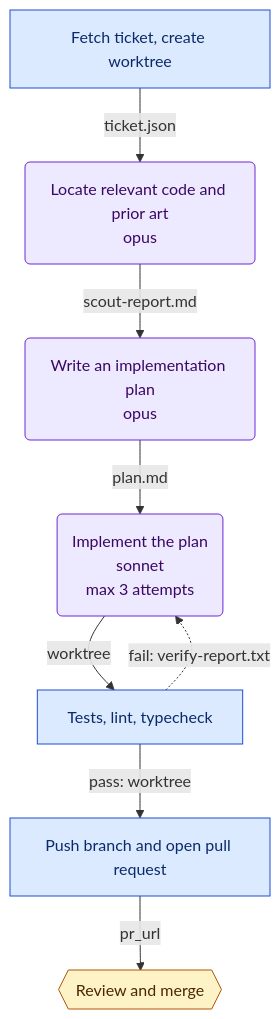
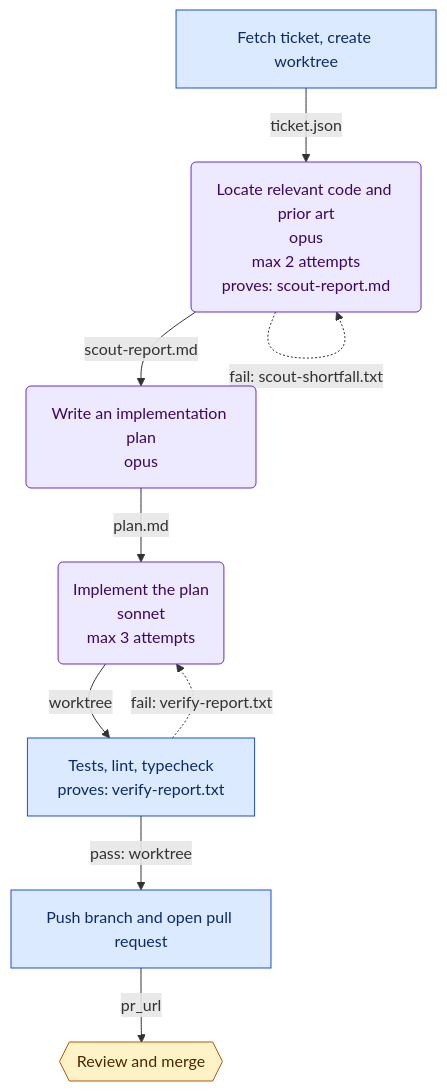
One commit to scottconverse/WorkflowWright changed the diagram in examples/ticket-to-pr.mermaid. Above: the diagram before and after it, drawn with Mermaid. The commit also changed 10 other files, not shown here.

```diff
--- a/examples/ticket-to-pr.mermaid
+++ b/examples/ticket-to-pr.mermaid
@@ -1,23 +1,24 @@
 flowchart TD
     intake["Fetch ticket, create worktree"]
-    scout("Locate relevant code and prior art<br/>opus")
+    scout("Locate relevant code and prior art<br/>opus<br/>max 2 attempts<br/>proves: scout-report.md")
     plan("Write an implementation plan<br/>opus")
     build("Implement the plan<br/>sonnet<br/>max 3 attempts")
-    verify["Tests, lint, typecheck"]
+    verify["Tests, lint, typecheck<br/>proves: verify-report.txt"]
     open_pr["Push branch and open pull request"]
     accept{{"Review and merge"}}
 
     intake -- "ticket.json" --> scout
     scout -- "scout-report.md" --> plan
     plan -- "plan.md" --> build
     build -- "worktree" --> verify
     verify -- "pass: worktree" --> open_pr
     verify -. "fail: verify-report.txt" .-> build
+    scout -. "fail: scout-shortfall.txt" .-> scout
     open_pr -- "pr_url" --> accept
 
     classDef code fill:#dbeafe,stroke:#1d4ed8,stroke-width:1px,color:#0b2a6b;
     classDef agent fill:#ede9fe,stroke:#6d28d9,stroke-width:1px,color:#3b0764;
     classDef human fill:#fef3c7,stroke:#b45309,stroke-width:1px,color:#4a2606;
     class intake,verify,open_pr code;
     class scout,plan,build agent;
     class accept human;
```
